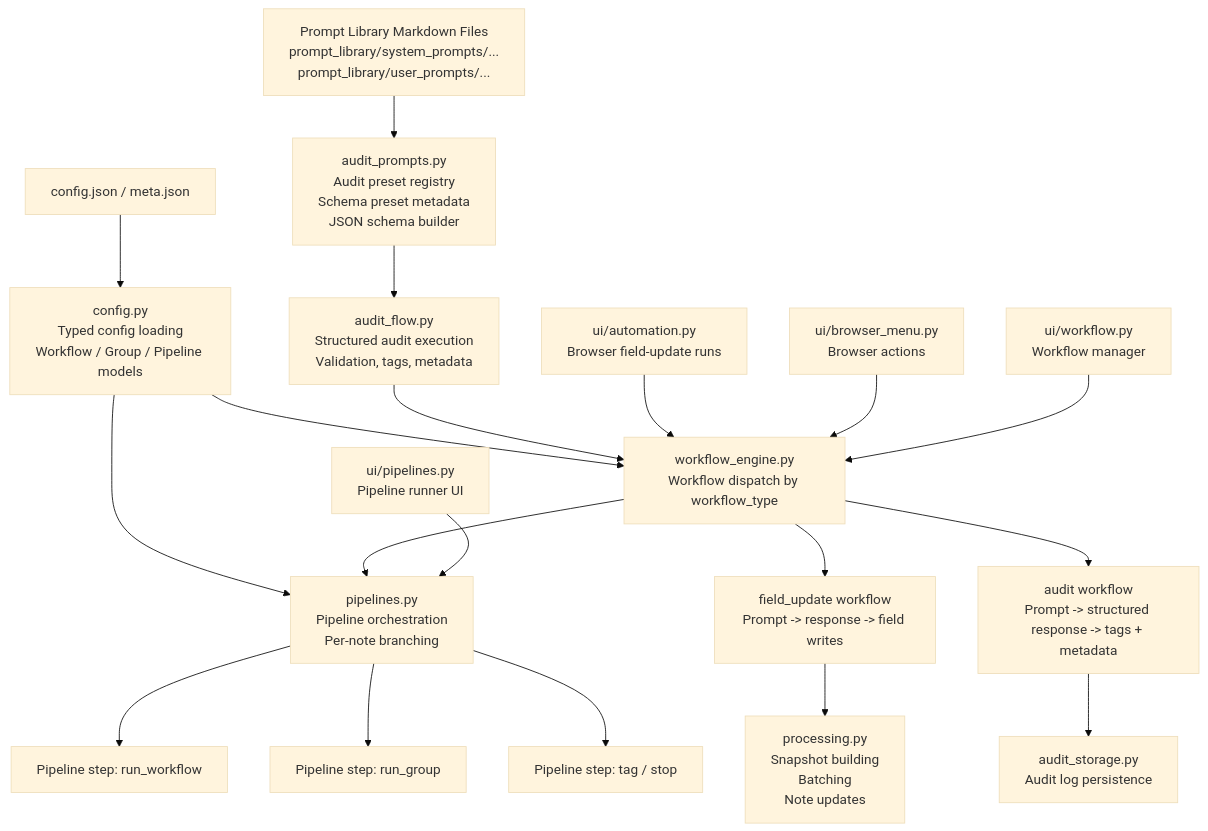
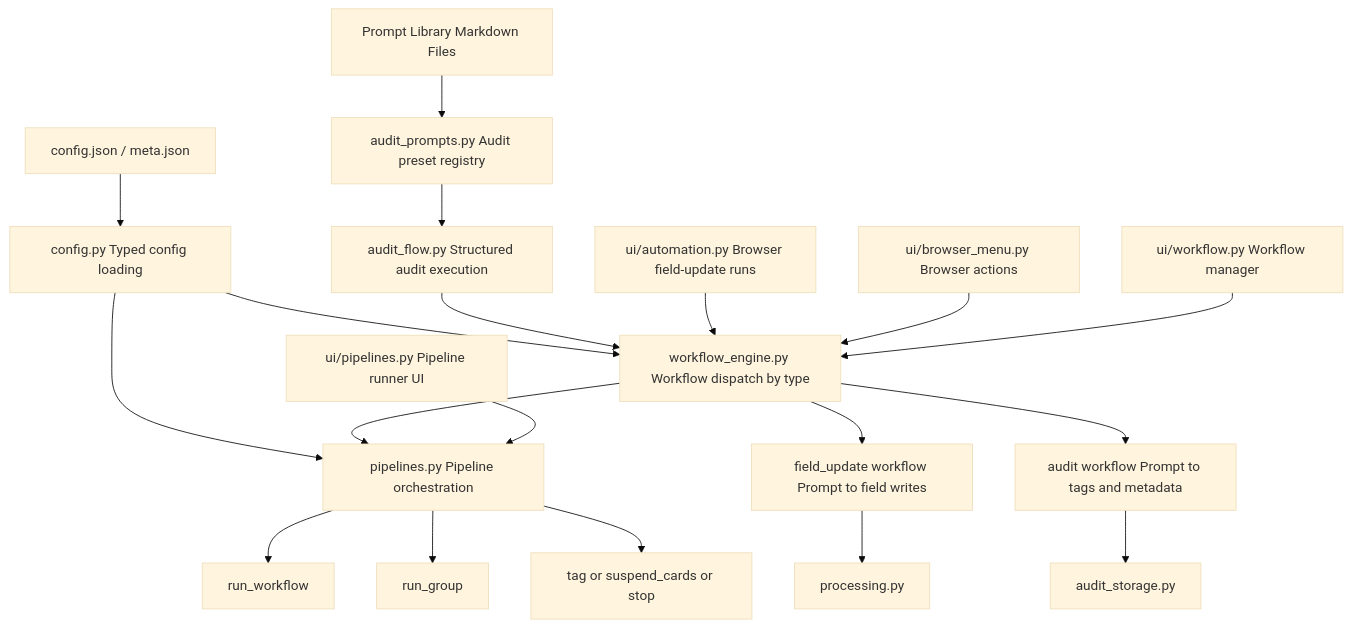
One commit to moritzvitt/anki-ai-automation changed the diagram in docs/architecture/workflows-groups-pipelines.md. Above: the diagram before and after it, drawn with Mermaid (base theme). The commit also changed other lines of this file and 8 other files, not shown here.

Commit message:
Extend MLR audit pipeline with follow-up actions

````diff
--- a/docs/architecture/workflows-groups-pipelines.md
+++ b/docs/architecture/workflows-groups-pipelines.md
@@ -19,29 +19,29 @@
 ```mermaid
 graph TD
-    A[Prompt Library Markdown Files<br/>prompt_library/system_prompts/...<br/>prompt_library/user_prompts/...] --> B[audit_prompts.py<br/>Audit preset registry<br/>Schema preset metadata<br/>JSON schema builder]
+    A[Prompt Library Markdown Files] --> B[audit_prompts.py Audit preset registry]
 
-    C[config.json / meta.json] --> D[config.py<br/>Typed config loading<br/>Workflow / Group / Pipeline models]
-    B --> E[audit_flow.py<br/>Structured audit execution<br/>Validation, tags, metadata]
+    C[config.json / meta.json] --> D[config.py Typed config loading]
+    B --> E[audit_flow.py Structured audit execution]
 
-    D --> F[workflow_engine.py<br/>Workflow dispatch by workflow_type]
+    D --> F[workflow_engine.py Workflow dispatch by type]
     E --> F
 
-    D --> G[pipelines.py<br/>Pipeline orchestration<br/>Per-note branching]
+    D --> G[pipelines.py Pipeline orchestration]
     F --> G
 
-    H[ui/automation.py<br/>Browser field-update runs] --> F
-    I[ui/browser_menu.py<br/>Browser actions] --> F
-    J[ui/workflow.py<br/>Workflow manager] --> F
-    K[ui/pipelines.py<br/>Pipeline runner UI] --> G
+    H[ui/automation.py Browser field-update runs] --> F
+    I[ui/browser_menu.py Browser actions] --> F
+    J[ui/workflow.py Workflow manager] --> F
+    K[ui/pipelines.py Pipeline runner UI] --> G
 
-    F --> L[field_update workflow<br/>Prompt -> response -> field writes]
-    F --> M[audit workflow<br/>Prompt -> structured response -> tags + metadata]
+    F --> L[field_update workflow Prompt to field writes]
+    F --> M[audit workflow Prompt to tags and metadata]
 
-    G --> N[Pipeline step: run_workflow]
-    G --> O[Pipeline step: run_group]
-    G --> P[Pipeline step: tag / stop]
+    G --> N[run_workflow]
+    G --> O[run_group]
+    G --> P[tag or suspend_cards or stop]
 
-    L --> Q[processing.py<br/>Snapshot building<br/>Batching<br/>Note updates]
-    M --> R[audit_storage.py<br/>Audit log persistence]
+    L --> Q[processing.py]
+    M --> R[audit_storage.py]
 
 ```
````
